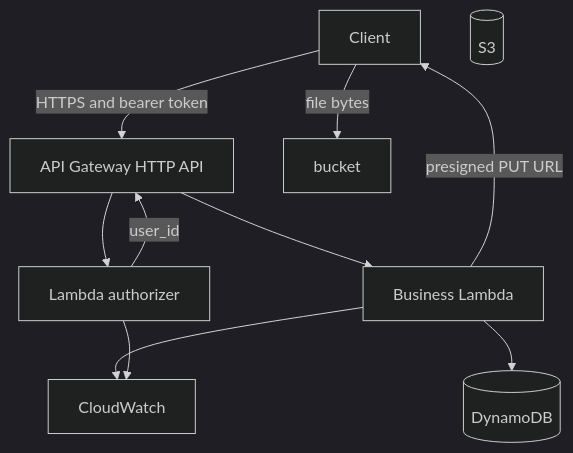
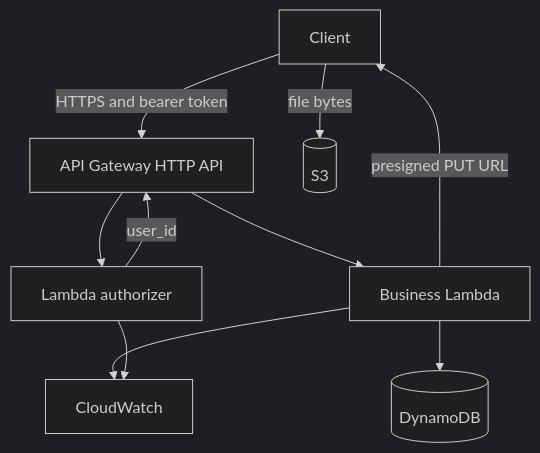
One commit to gazimaksudur2/aws-expense-tracker changed the diagram in README.md. Above: the diagram before and after it, drawn with Mermaid (dark theme). The commit also changed other lines of this file and 1 other file, not shown here.

````diff
--- a/README.md
+++ b/README.md
@@ -273,20 +303,20 @@
 ```mermaid
 flowchart TD
   client[Client]
   gateway[API Gateway HTTP API]
   authorizer[Lambda authorizer]
   api[Business Lambda]
   db[(DynamoDB)]
-  fc[(S3)]
+  bucket[(S3)]
   logs[CloudWatch]
 
   client -->|HTTPS and bearer token| gateway
   gateway --> authorizer
   authorizer -->|user_id| gateway
   gateway --> api
   api --> db
   api -->|presigned PUT URL| client
   client -->|file bytes| bucket
   api --> logs
   authorizer --> logs
 ```
````
